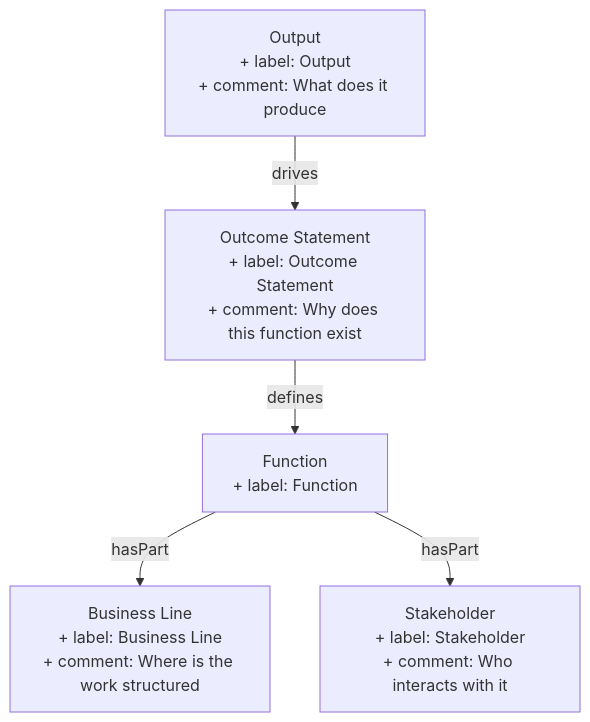
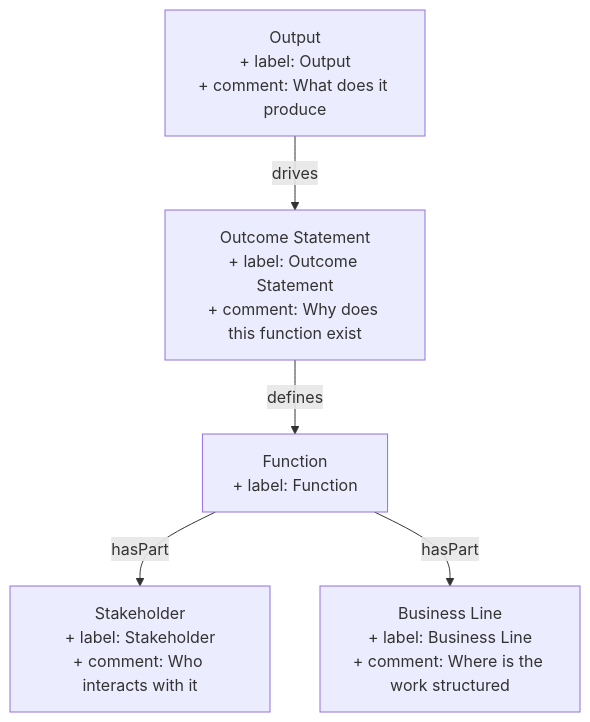
One commit to heidingaway/heidi2 changed the diagram in content/output.md. Above: the diagram before and after it, drawn with Mermaid. The commit also changed other lines of this file and 372 other files, not shown here.

````diff
--- a/content/output.md
+++ b/content/output.md
@@ -28,12 +28,12 @@
 ```mermaid
 graph TD
   Output["Output<br>+ label: Output<br>+ comment: What does it produce"]:::current-page-node
   Outcome_Statement["Outcome Statement<br>+ label: Outcome Statement<br>+ comment: Why does this function exist"]
   Function["Function<br>+ label: Function"]
   Stakeholder["Stakeholder<br>+ label: Stakeholder<br>+ comment: Who interacts with it"]
   Business_Line["Business Line<br>+ label: Business Line<br>+ comment: Where is the work structured"]
+  Output-->|" drives "|Outcome_Statement
+  Function-->|" hasPart "|Stakeholder
   Function-->|" hasPart "|Business_Line
   Outcome_Statement-->|" defines "|Function
-  Function-->|" hasPart "|Stakeholder
-  Output-->|" drives "|Outcome_Statement
 ```
````
